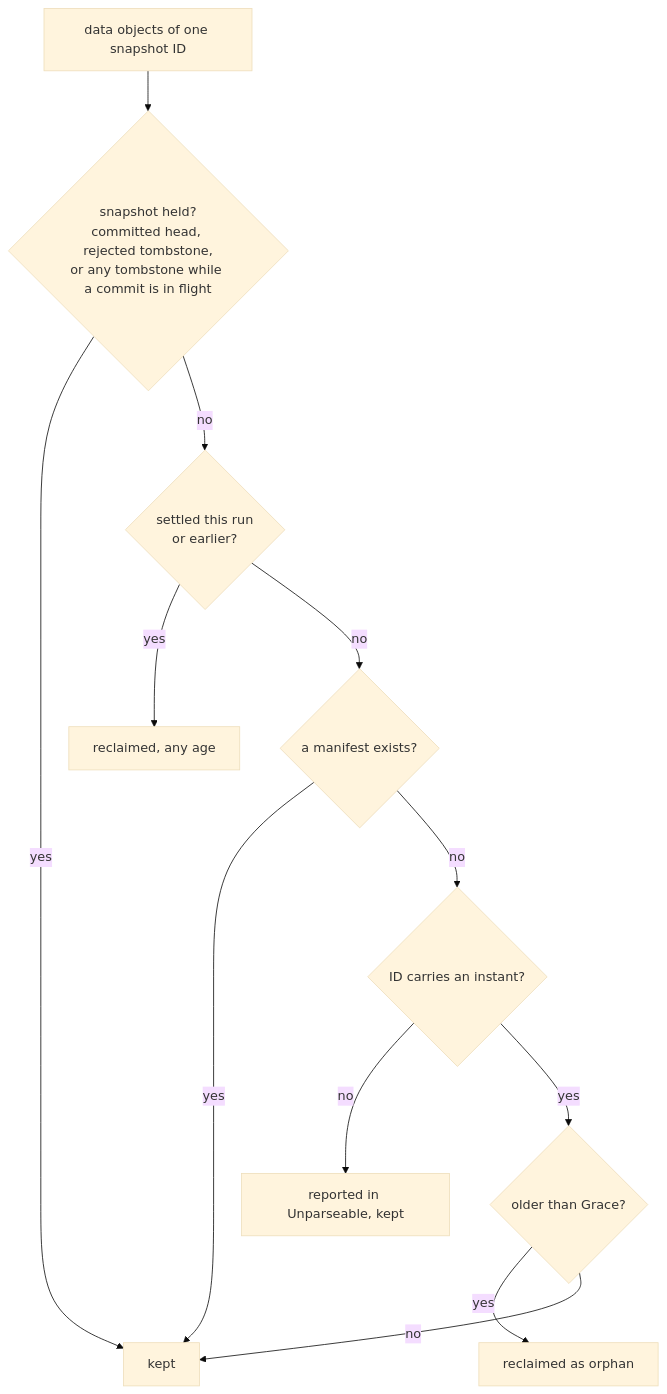
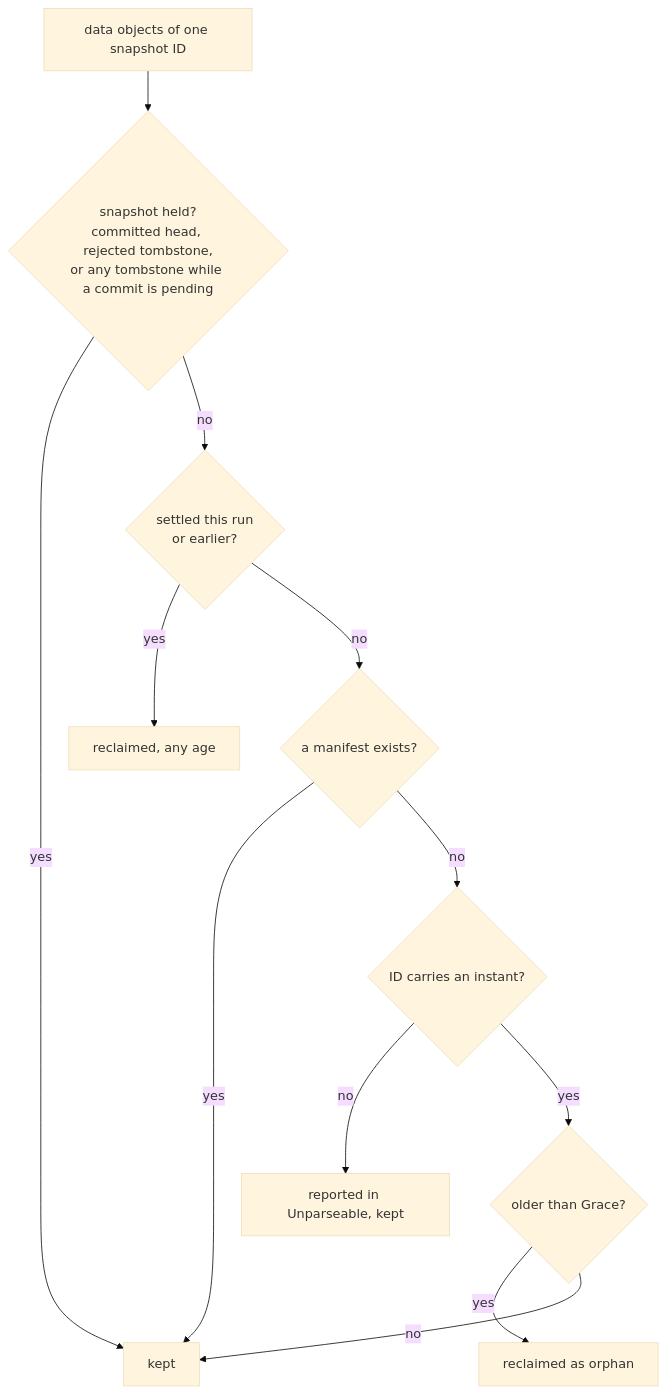
Before and after one commit to pithecene/lode: the third of 3 diagrams in docs/guides/retention.md, drawn with Mermaid (base theme). The commit also changed other lines of this file and 29 other files, not shown here.

````diff
--- a/docs/guides/retention.md
+++ b/docs/guides/retention.md
@@ -166,14 +180,14 @@
 ```mermaid
 flowchart TD
-    G[data objects of one snapshot ID] --> H{snapshot held?<br/>committed head, rejected tombstone,<br/>or any tombstone while a commit is in flight}
+    G[data objects of one snapshot ID] --> H{snapshot held?<br/>committed head, rejected tombstone,<br/>or any tombstone while a commit is pending}
     H -- yes --> K[kept]
     H -- no --> S{settled this run<br/>or earlier?}
     S -- yes --> R[reclaimed, any age]
     S -- no --> L{a manifest exists?}
     L -- yes --> K
     L -- no --> A{ID carries an instant?}
     A -- no --> U[reported in Unparseable, kept]
     A -- yes --> O{older than Grace?}
     O -- yes --> R2[reclaimed as orphan]
     O -- no --> K
 ```
````
